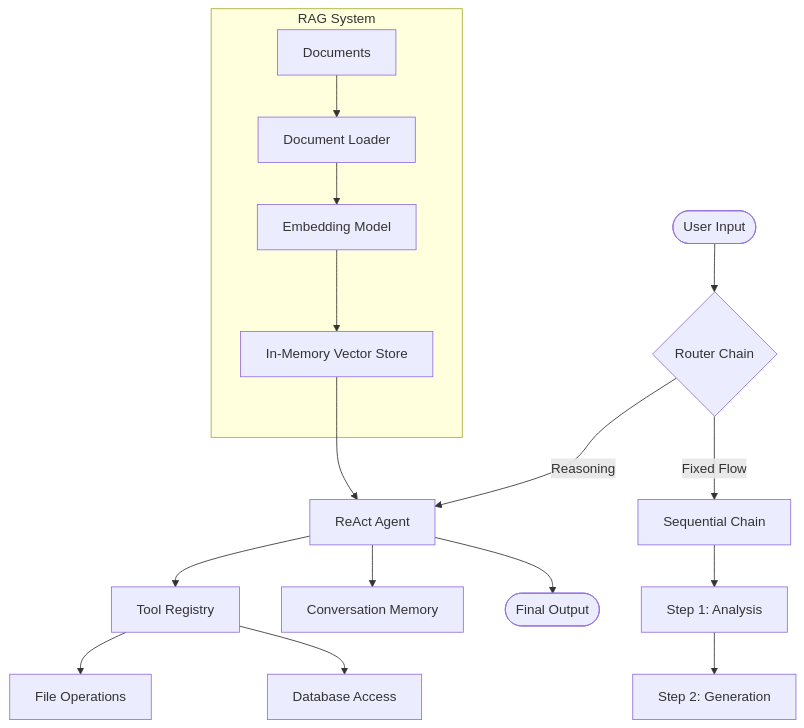
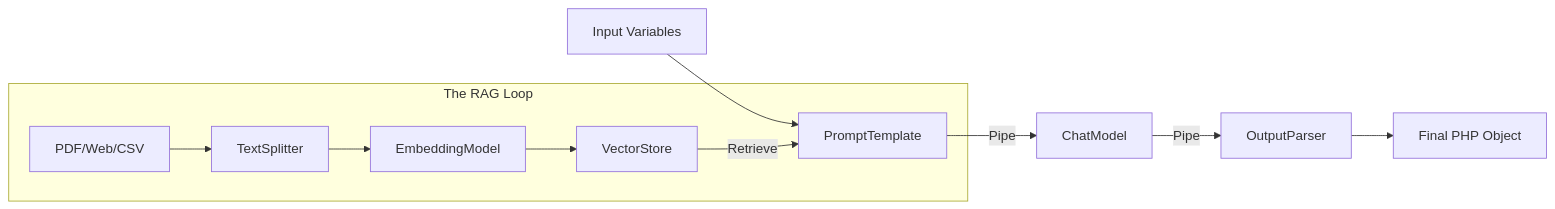
The diagram in README.md (subhashladumor1/larachain), drawn with Mermaid before and after one commit. The commit also changed other lines of this file and 18 other files, not shown here.

````diff
--- a/README.md
+++ b/README.md
@@ -24,24 +14,14 @@
 ```mermaid
-graph TD
-    User([User Input]) --> Router{Router Chain}
-    Router -- Reasoning --> Agent[ReAct Agent]
-    Router -- Fixed Flow --> Chain[Sequential Chain]
+graph LR
+    A[Input Variables] --> B[PromptTemplate]
+    B -->|Pipe| C[ChatModel]
+    C -->|Pipe| D[OutputParser]
+    D --> E[Final PHP Object]
     
-    Agent --> Tools[Tool Registry]
-    Agent --> Memory[Conversation Memory]
-    
-    Tools --> FileSystem[File Operations]
-    Tools --> Database[Database Access]
-    
-    Chain --> LLM1[Step 1: Analysis]
-    LLM1 --> LLM2[Step 2: Generation]
-    
-    subgraph RAG System
-        Docs[Documents] --> Loader[Document Loader]
-        Loader --> Embed[Embedding Model]
-        Embed --> Vector[In-Memory Vector Store]
+    subgraph "The RAG Loop"
+        F[PDF/Web/CSV] --> G[TextSplitter]
+        G --> H[EmbeddingModel]
+        H --> I[VectorStore]
+        I -->|Retrieve| B
     end
-    
-    Vector --> Agent
-    Agent --> Response([Final Output])
 ```
````
